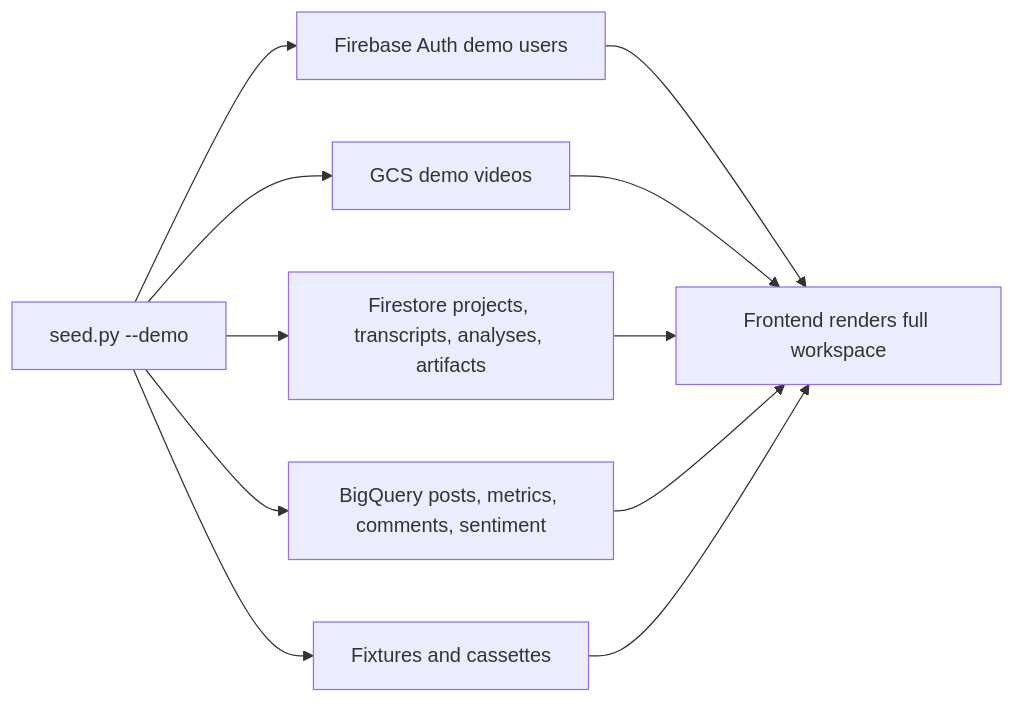
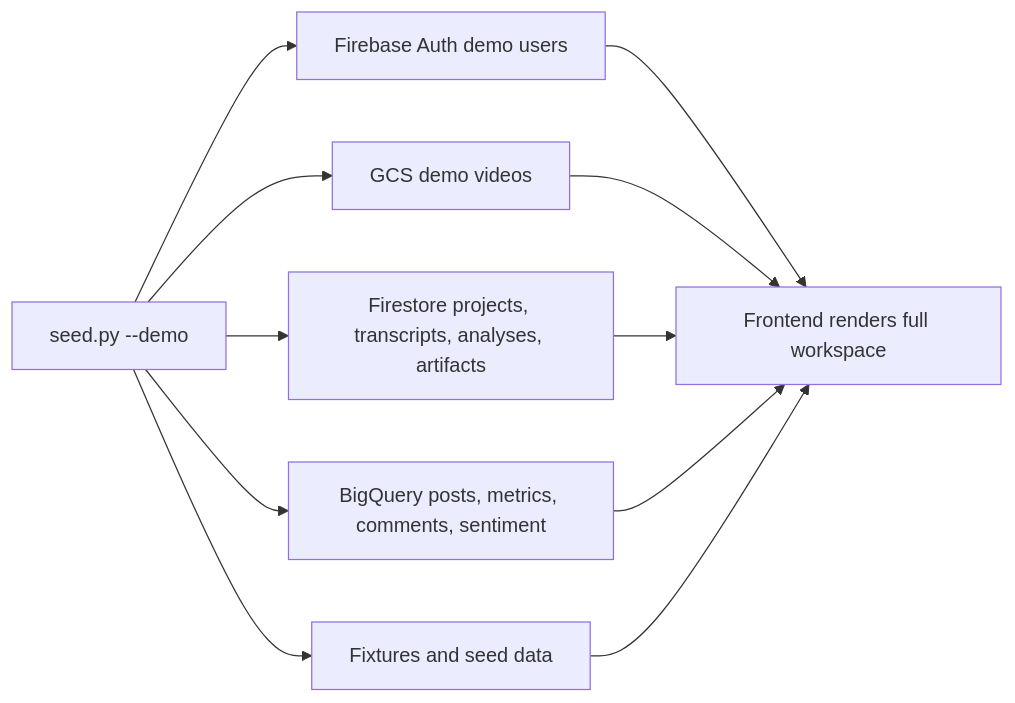
One commit to Saad-Surve/aibuildercup changed diagram 17 of 17 in docs/technical-design/diagrams.md. Above: the diagram before and after it, drawn with Mermaid. The commit also changed other lines of this file and 53 other files, not shown here.

```diff
--- a/docs/technical-design/diagrams.md
+++ b/docs/technical-design/diagrams.md
@@ -374,13 +370,13 @@
 ~~~mermaid
 flowchart LR
     A[seed.py --demo] --> B[Firebase Auth demo users]
     A --> C[GCS demo videos]
     A --> D[Firestore projects, transcripts, analyses, artifacts]
     A --> E[BigQuery posts, metrics, comments, sentiment]
-    A --> F[Fixtures and cassettes]
+    A --> F[Fixtures and seed data]
     B --> G[Frontend renders full workspace]
     C --> G
     D --> G
     E --> G
     F --> G
 ~~~
```
